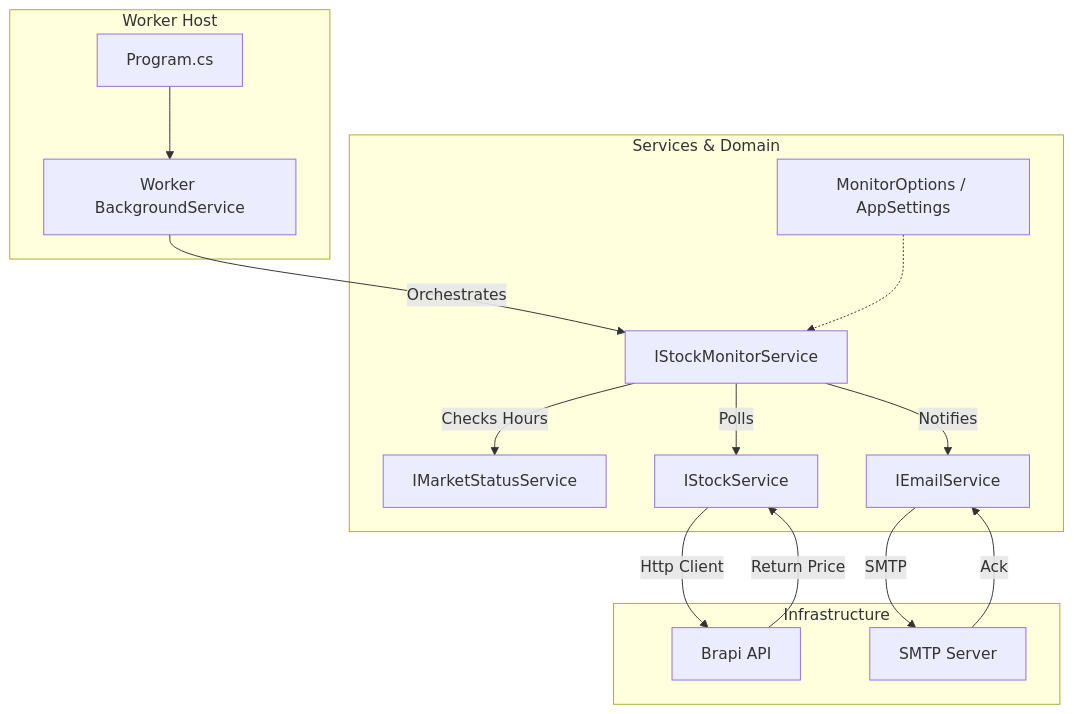
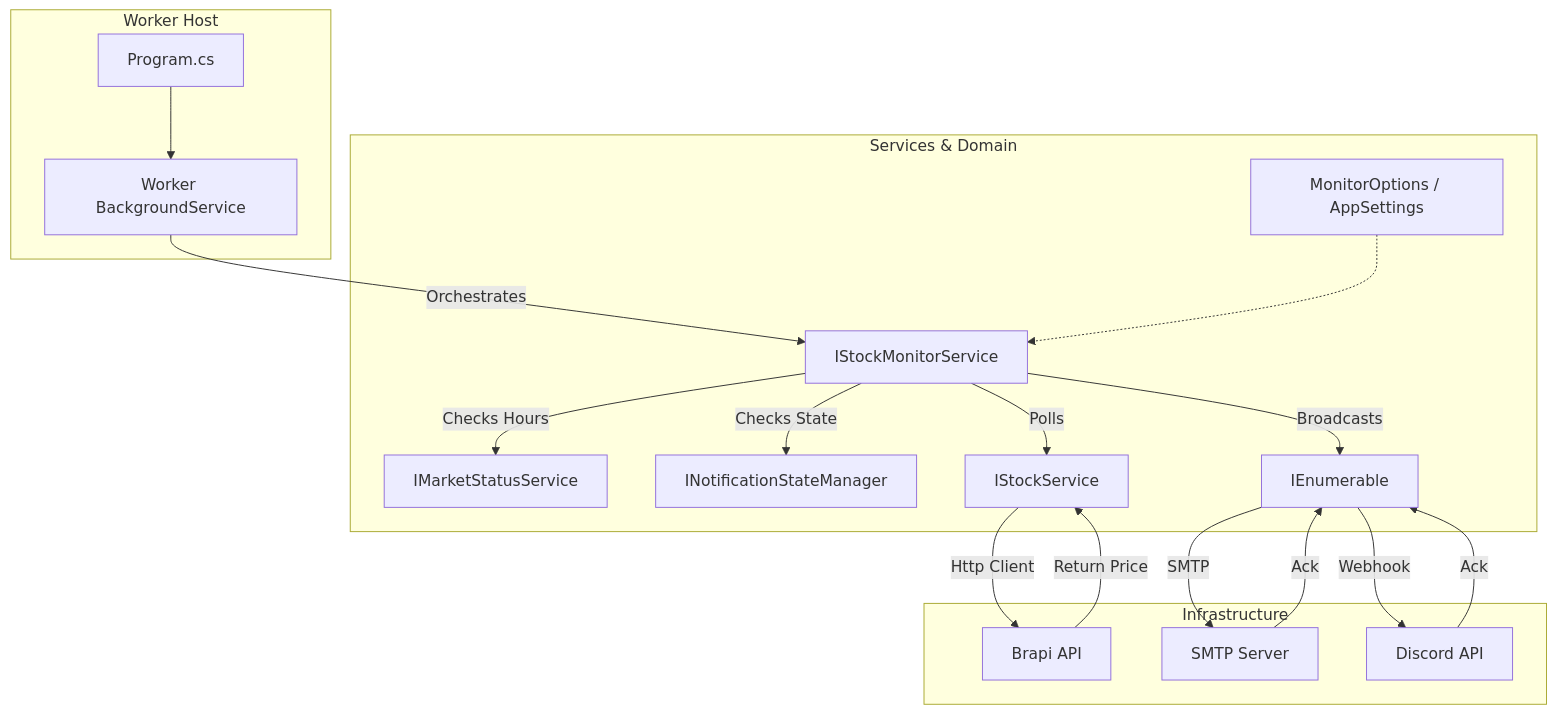
One commit to diogomassis/inoalert changed the diagram in README.md. Above: the diagram before and after it, drawn with Mermaid. The commit also changed other lines of this file, not shown here.

Commit message:
docs: update README to reflect changes in notification state management and multiple notification channels

````diff
--- a/README.md
+++ b/README.md
@@ -133,22 +133,25 @@
 ```mermaid
 graph TD
     subgraph Host [Worker Host]
         Entry[Program.cs] --> Worker[Worker BackgroundService]
     end
 
     subgraph Core [Services & Domain]
         Worker --> |Orchestrates| Monitor[IStockMonitorService]
         Monitor --> |Checks Hours| MarketChecker[IMarketStatusService]
+        Monitor --> |Checks State| StateManager[INotificationStateManager]
         Monitor --> |Polls| IStock[IStockService]
-        Monitor --> |Notifies| IEmail[IEmailService]
+        Monitor --> |Broadcasts| INotify[IEnumerable<INotificationService>]
         Config[MonitorOptions / AppSettings] -.-> Monitor
     end
 
     subgraph Infra [Infrastructure]
         IStock --> |Http Client| Brapi[Brapi API]
-        IEmail --> |SMTP| MailServer[SMTP Server]
+        INotify --> |SMTP| MailServer[SMTP Server]
+        INotify --> |Webhook| Discord[Discord API]
     end
 
     Brapi --> |Return Price| IStock
-    MailServer --> |Ack| IEmail
+    MailServer --> |Ack| INotify
+    Discord --> |Ack| INotify
 ```
````
